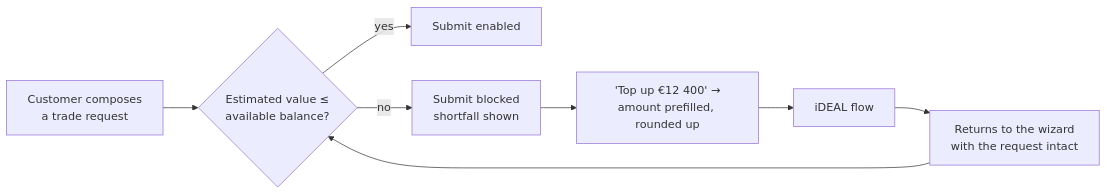
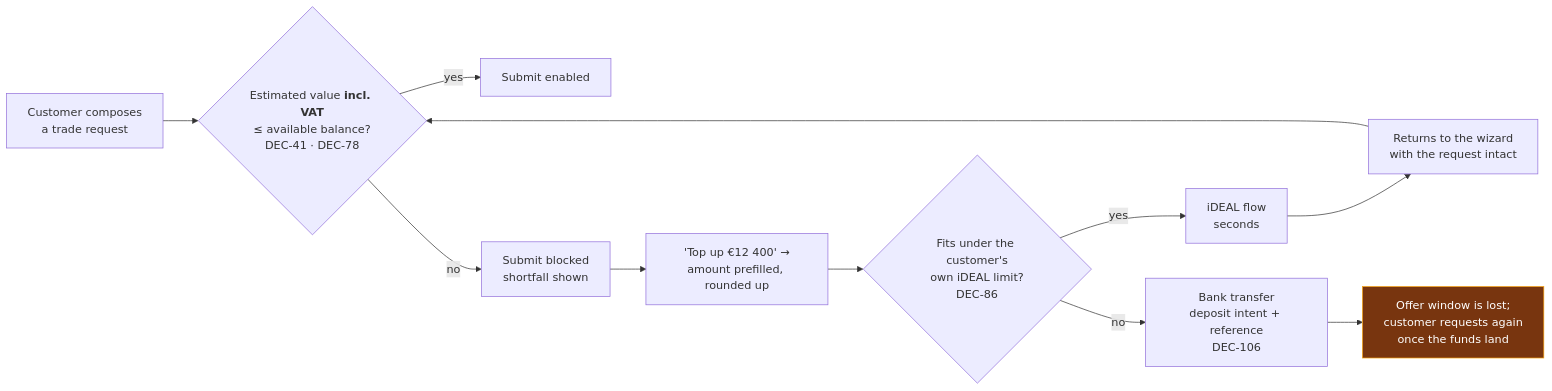
The fourth of 5 diagrams in specs/40-processes/03-wallet-topup-flow.md (lukastosic-ifd/peakpowerspecs), drawn with Mermaid before and after one commit. The commit also changed other lines of this file and 66 other files, not shown here.

````diff
--- a/specs/40-processes/03-wallet-topup-flow.md
+++ b/specs/40-processes/03-wallet-topup-flow.md
@@ -157,10 +296,16 @@
 ```mermaid
 flowchart LR
-    A["Customer composes<br/>a trade request"] --> B{"Estimated value ≤<br/>available balance?"}
+    A["Customer composes<br/>a trade request"] --> B{"Estimated value <b>incl. VAT</b><br/>≤ available balance?<br/>DEC-41 · DEC-78"}
     B -->|yes| C["Submit enabled"]
     B -->|no| D["Submit blocked<br/>shortfall shown"]
     D --> E["'Top up €12 400' →<br/>amount prefilled, rounded up"]
-    E --> F["iDEAL flow"]
-    F --> G["Returns to the wizard<br/>with the request intact"]
-    G --> B
+    E --> F{"Fits under the customer's<br/>own iDEAL limit?<br/>DEC-86"}
+    F -->|yes| G["iDEAL flow<br/>seconds"]
+    F -->|no| H["Bank transfer<br/>deposit intent + reference<br/>DEC-106"]
+    G --> I["Returns to the wizard<br/>with the request intact"]
+    I --> B
+    H --> J["Offer window is lost;<br/>customer requests again<br/>once the funds land"]
+
+    classDef warn fill:#78350f,stroke:#f59e0b,color:#fff
+    class J warn
 ```
````
